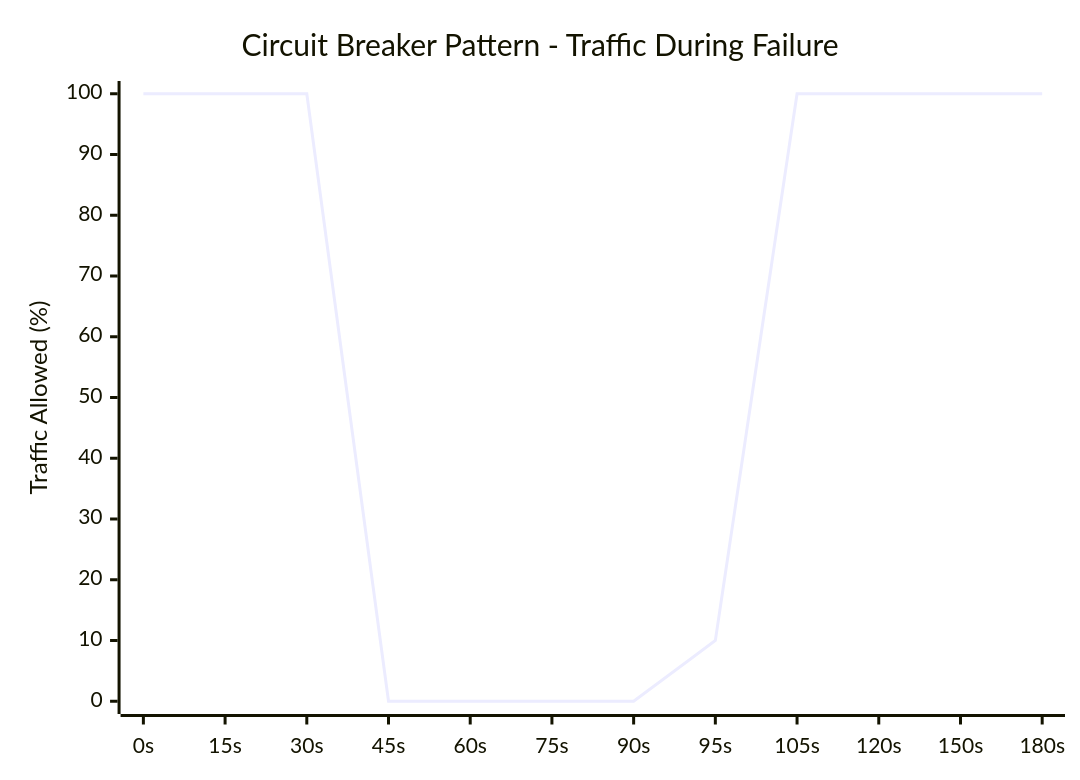
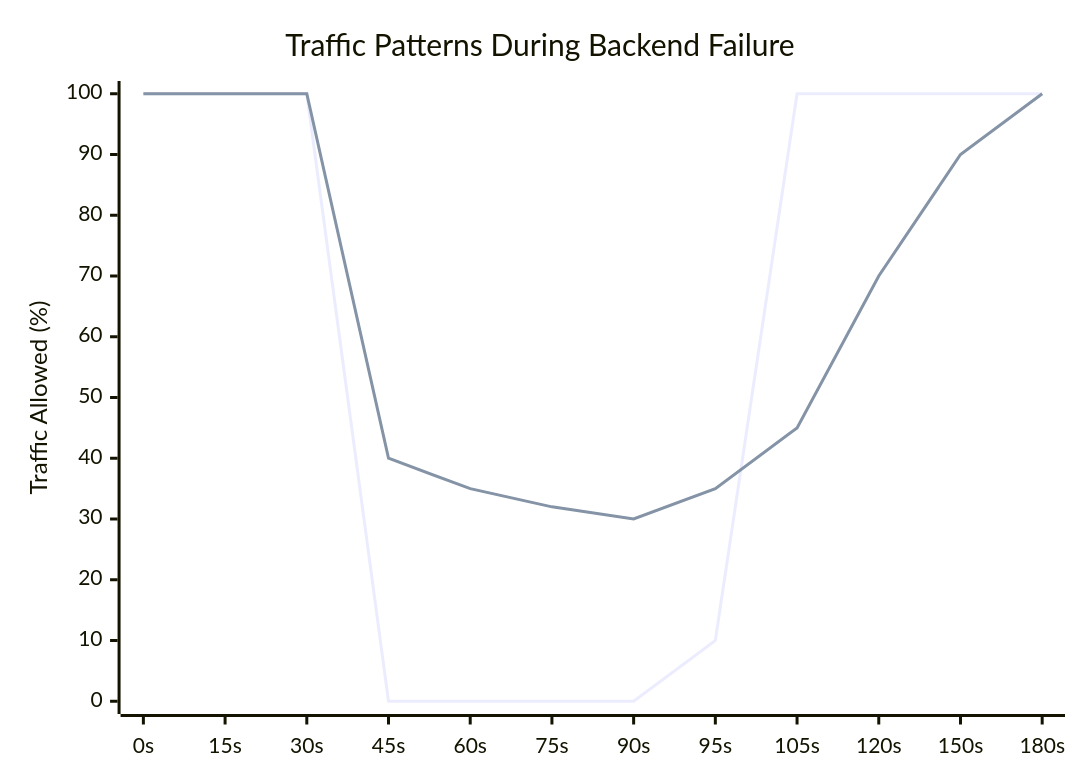
One commit to webriots/rate changed the first of 3 diagrams in README.md. Above: the diagram before and after it, drawn with Mermaid. The commit also changed other lines of this file, not shown here.

````diff
--- a/README.md
+++ b/README.md
@@ -546,10 +546,11 @@
 ```mermaid
 ---
-title: Circuit Breaker Pattern - Traffic During Failure
+title: Traffic Patterns During Backend Failure - Circuit Breaker vs AIMD
 ---
 xychart-beta
-    title "Circuit Breaker Pattern - Traffic During Failure"
+    title "Traffic Patterns During Backend Failure"
     x-axis ["0s", "15s", "30s", "45s", "60s", "75s", "90s", "95s", "105s", "120s", "150s", "180s"]
     y-axis "Traffic Allowed (%)" 0 --> 100
-    line [100, 100, 100, 0, 0, 0, 0, 10, 100, 100, 100, 100]
+    line "Circuit Breaker" [100, 100, 100, 0, 0, 0, 0, 10, 100, 100, 100, 100]
+    line "AIMD" [100, 100, 100, 40, 35, 32, 30, 35, 45, 70, 90, 100]
 ```
````
